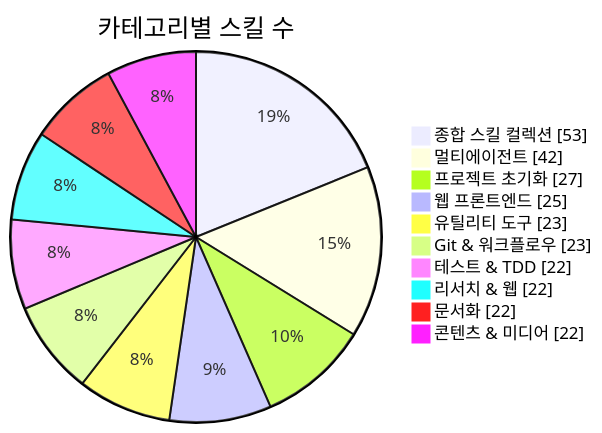
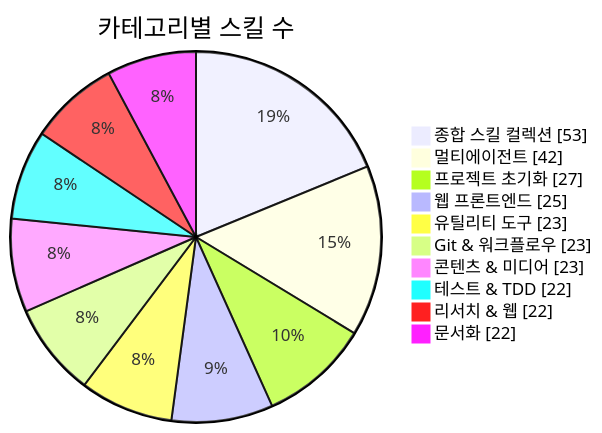
The first of 3 diagrams in README.md (J-nowcow/awesome-korean-agent-skills), drawn with Mermaid before and after one commit. The commit also changed other lines of this file and 3 other files, not shown here.

````diff
--- a/README.md
+++ b/README.md
@@ -176,14 +176,14 @@
 ```mermaid
 pie showData
     title 카테고리별 스킬 수
     "종합 스킬 컬렉션" : 53
     "멀티에이전트" : 42
     "프로젝트 초기화" : 27
     "웹 프론트엔드" : 25
     "유틸리티 도구" : 23
     "Git & 워크플로우" : 23
+    "콘텐츠 & 미디어" : 23
     "테스트 & TDD" : 22
     "리서치 & 웹" : 22
     "문서화" : 22
-    "콘텐츠 & 미디어" : 22
 ```
````
